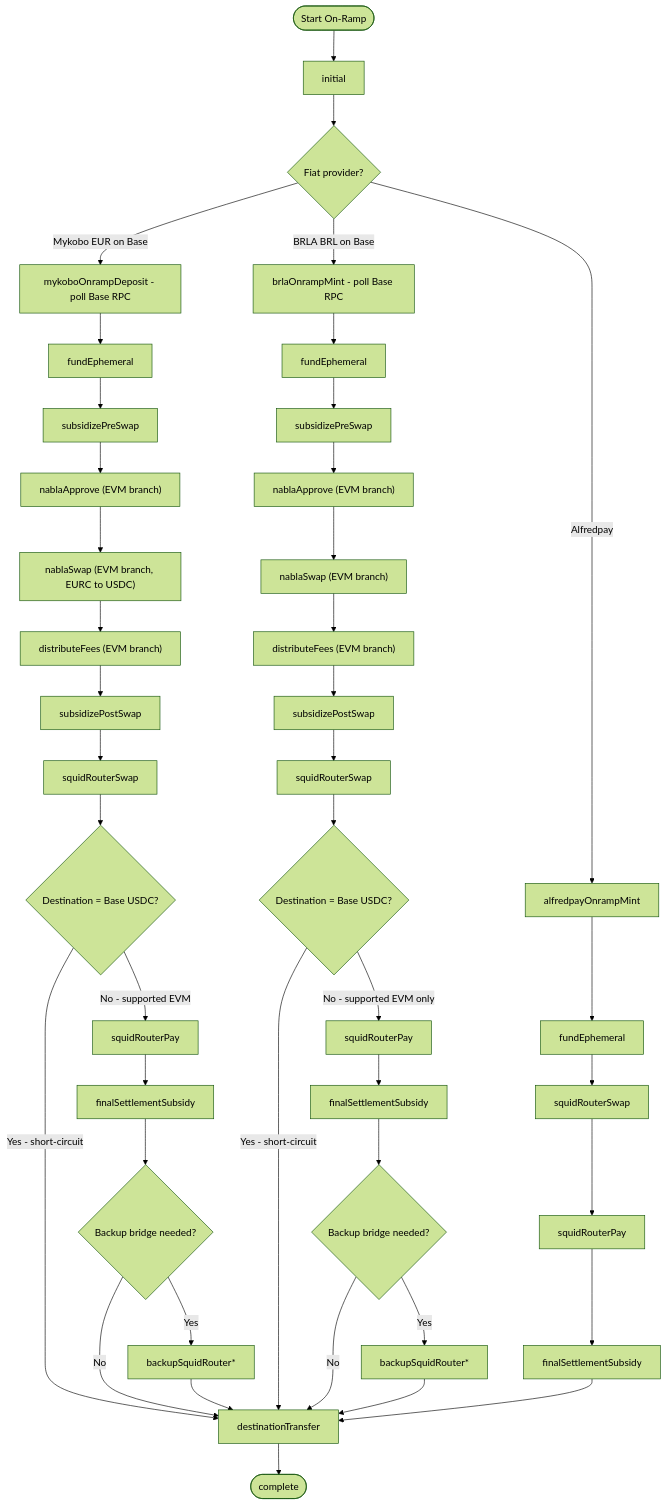
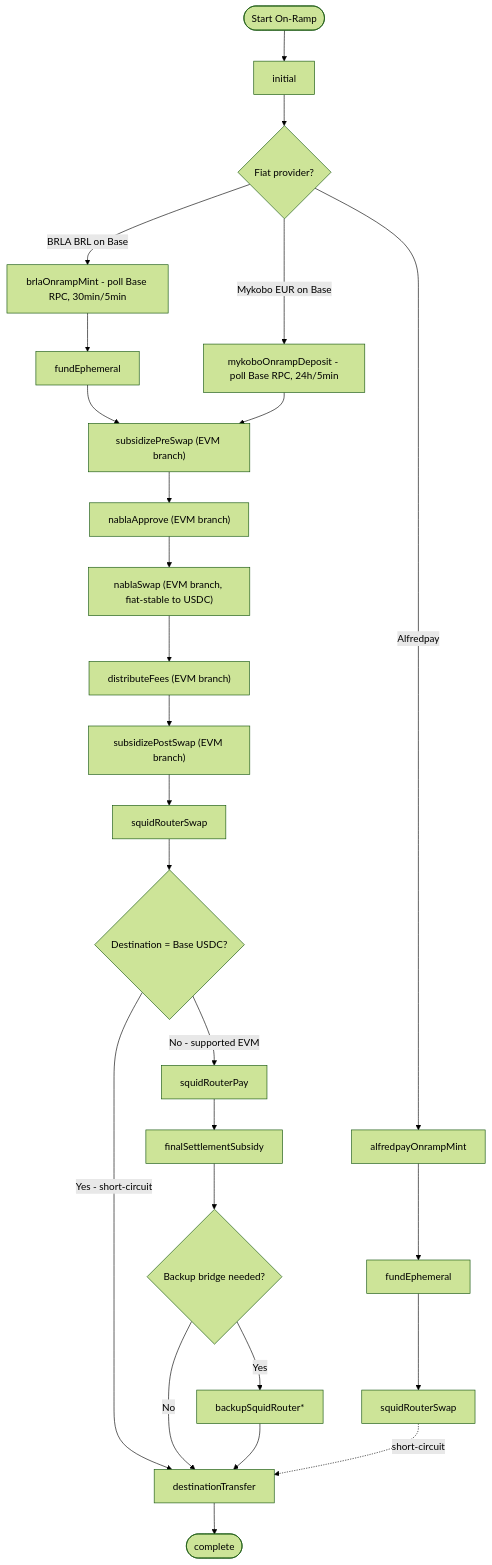
The first of 2 diagrams in docs/security-spec/03-ramp-engine/ramp-phase-flows.md (pendulum-chain/vortex), drawn with Mermaid (forest theme) before and after one commit. The commit also changed other lines of this file and 3 other files, not shown here.

First line of the commit message:
docs(security-spec): unify on/off-ramp diagrams and remove ARS

````diff
--- a/docs/security-spec/03-ramp-engine/ramp-phase-flows.md
+++ b/docs/security-spec/03-ramp-engine/ramp-phase-flows.md
@@ -58,55 +61,43 @@
 ```mermaid
 graph TD
     Start([Start On-Ramp]) --> Init[initial]
     Init --> Provider{Fiat provider?}
 
-    %% --- Mykobo EUR on Base ---
-    Provider -->|Mykobo EUR on Base| MykMint[mykoboOnrampDeposit - poll Base RPC]
-    MykMint --> MykFund[fundEphemeral]
-    MykFund --> MykSubPreEvm[subsidizePreSwap]
-    MykSubPreEvm --> MykApproveEvm["nablaApprove (EVM branch)"]
-    MykApproveEvm --> MykSwapEvm["nablaSwap (EVM branch, EURC to USDC)"]
-    MykSwapEvm --> MykDistEvm["distributeFees (EVM branch)"]
-    MykDistEvm --> MykSubPostEvm[subsidizePostSwap]
-    MykSubPostEvm --> MykSquidSwap[squidRouterSwap]
-    MykSquidSwap --> MykDest{Destination = Base USDC?}
-    MykDest -->|Yes - short-circuit| DestTransfer[destinationTransfer]
-    MykDest -->|No - supported EVM| MykSquidPay[squidRouterPay]
-    MykSquidPay --> MykFinalSubsidy[finalSettlementSubsidy]
-    MykFinalSubsidy --> MykBackup{Backup bridge needed?}
-    MykBackup -->|Yes| MykBackupSquid[backupSquidRouter*]
-    MykBackup -->|No| DestTransfer
-    MykBackupSquid --> DestTransfer
+    %% --- Per-corridor fiat-watch entry phases ---
+    Provider -->|BRLA BRL on Base| BrlaMint[brlaOnrampMint - poll Base RPC, 30min/5min]
+    Provider -->|Mykobo EUR on Base| MykMint[mykoboOnrampDeposit - poll Base RPC, 24h/5min]
+    Provider -->|Alfredpay| AfMint[alfredpayOnrampMint]
 
-    %% --- BRL via Avenia/BRLA on Base ---
-    Provider -->|BRLA BRL on Base| BrlaMint[brlaOnrampMint - poll Base RPC]
+    %% --- BRL funds the ephemeral; EUR skips fundEphemeral entirely ---
     BrlaMint --> BrlaFund[fundEphemeral]
-    BrlaFund --> BrlaSubPreEvm[subsidizePreSwap]
-    BrlaSubPreEvm --> BrlaApproveEvm["nablaApprove (EVM branch)"]
-    BrlaApproveEvm --> BrlaSwapEvm["nablaSwap (EVM branch)"]
-    BrlaSwapEvm --> BrlaDistEvm["distributeFees (EVM branch)"]
-    BrlaDistEvm --> BrlaSubPostEvm[subsidizePostSwap]
-    BrlaSubPostEvm --> BrlaSquidSwap[squidRouterSwap]
-    BrlaSquidSwap --> BrlaDest{Destination = Base USDC?}
-    BrlaDest -->|Yes - short-circuit| DestTransfer[destinationTransfer]
-    BrlaDest -->|No - supported EVM only| BrlaSquidPay[squidRouterPay]
-    %% BRL -> AssetHub is temporarily disabled at quote eligibility.
-    BrlaSquidPay --> BrlaFinalSubsidy[finalSettlementSubsidy]
-    BrlaFinalSubsidy --> BrlaBackup{Backup bridge needed?}
-    BrlaBackup -->|Yes| BrlaBackupSquid[backupSquidRouter*]
-    BrlaBackup -->|No| DestTransfer
-    BrlaBackupSquid --> DestTransfer
+    BrlaFund --> SubPreEvm
 
-    %% --- Alfredpay ---
-    Provider -->|Alfredpay| AfMint[alfredpayOnrampMint]
+    %% --- EUR: mykoboOnrampDeposit transitions directly to subsidizePreSwap ---
+    MykMint --> SubPreEvm
+
+    %% --- Shared Base-EVM swap chain (BRL + EUR) ---
+    SubPreEvm["subsidizePreSwap (EVM branch)"] --> ApproveEvm["nablaApprove (EVM branch)"]
+    ApproveEvm --> SwapEvm["nablaSwap (EVM branch, fiat-stable to USDC)"]
+    SwapEvm --> DistEvm["distributeFees (EVM branch)"]
+    DistEvm --> SubPostEvm["subsidizePostSwap (EVM branch)"]
+    SubPostEvm --> SquidSwap[squidRouterSwap]
+
+    %% --- Destination routing (shared) ---
+    SquidSwap --> Dest{Destination = Base USDC?}
+    Dest -->|Yes - short-circuit| DestTransfer[destinationTransfer]
+    Dest -->|No - supported EVM| SquidPay[squidRouterPay]
+    SquidPay --> FinalSubsidy[finalSettlementSubsidy]
+    FinalSubsidy --> Backup{Backup bridge needed?}
+    Backup -->|Yes| BackupSquid[backupSquidRouter*]
+    Backup -->|No| DestTransfer
+    BackupSquid --> DestTransfer
+
+    %% --- Alfredpay branch: squidRouterSwap handler short-circuits to destinationTransfer ---
+    %% (squid-router-phase-handler.ts:72 detects isAlfredpayOnramp and skips squidRouterPay + finalSettlementSubsidy)
     AfMint --> AfFund[fundEphemeral]
     AfFund --> AfSquidSwap[squidRouterSwap]
-    AfSquidSwap --> AfSquidPay[squidRouterPay]
-    AfSquidPay --> FinalSubsidy[finalSettlementSubsidy]
-
-    %% --- Final settlement (EVM via Squid) ---
-    FinalSubsidy --> DestTransfer
+    AfSquidSwap -.short-circuit.-> DestTransfer
 
     %% --- Terminal ---
     DestTransfer --> Complete([complete])
 ```
````
